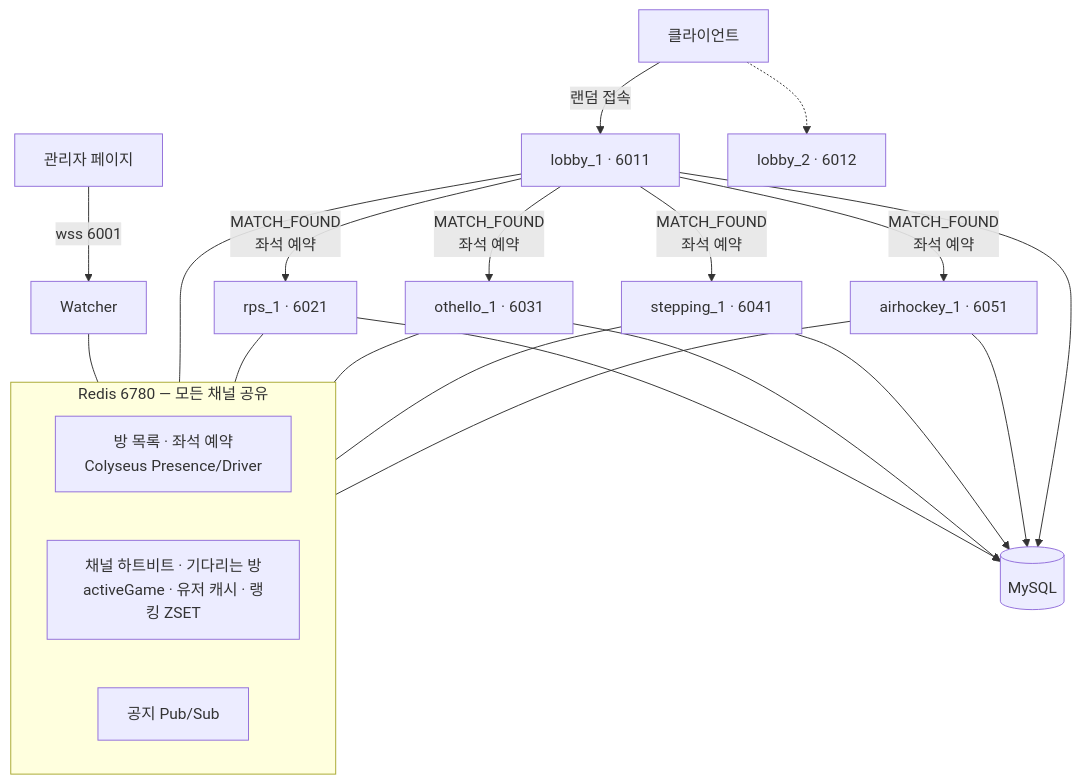
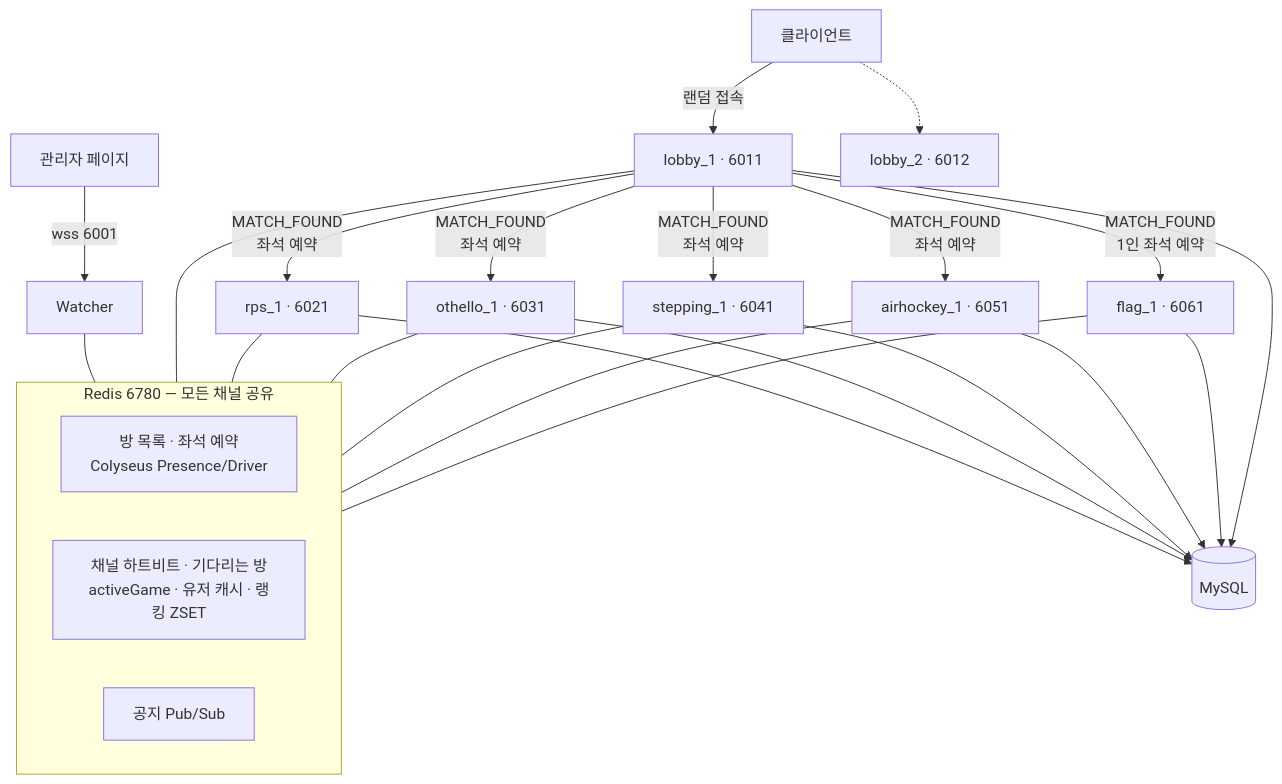
One commit to chadolcap/multi_game_vibe_coding_server_ruflo changed the first of 11 diagrams in CLAUDE.md. Above: the diagram before and after it, drawn with Mermaid. The commit also changed other lines of this file and 33 other files, not shown here.

````diff
--- a/CLAUDE.md
+++ b/CLAUDE.md
@@ -28,23 +28,25 @@
 ```mermaid
 flowchart TB
     Admin[관리자 페이지] -->|wss 6001| W[Watcher]
     C[클라이언트] -->|랜덤 접속| L1[lobby_1 · 6011]
     C -.-> L2[lobby_2 · 6012]
     L1 -->|MATCH_FOUND<br/>좌석 예약| R1[rps_1 · 6021]
     L1 -->|MATCH_FOUND<br/>좌석 예약| O1[othello_1 · 6031]
     L1 -->|MATCH_FOUND<br/>좌석 예약| S1[stepping_1 · 6041]
     L1 -->|MATCH_FOUND<br/>좌석 예약| A1[airhockey_1 · 6051]
+    L1 -->|MATCH_FOUND<br/>1인 좌석 예약| F1[flag_1 · 6061]
     subgraph Redis[Redis 6780 — 모든 채널 공유]
         P[방 목록 · 좌석 예약<br/>Colyseus Presence/Driver]
         H[채널 하트비트 · 기다리는 방<br/>activeGame · 유저 캐시 · 랭킹 ZSET]
         N[공지 Pub/Sub]
     end
     W --- Redis
     L1 --- Redis
     R1 --- Redis
     O1 --- Redis
     S1 --- Redis
     A1 --- Redis
-    R1 & O1 & S1 & A1 --> DB[(MySQL)]
+    F1 --- Redis
+    R1 & O1 & S1 & A1 & F1 --> DB[(MySQL)]
     L1 --> DB
 ```
````
